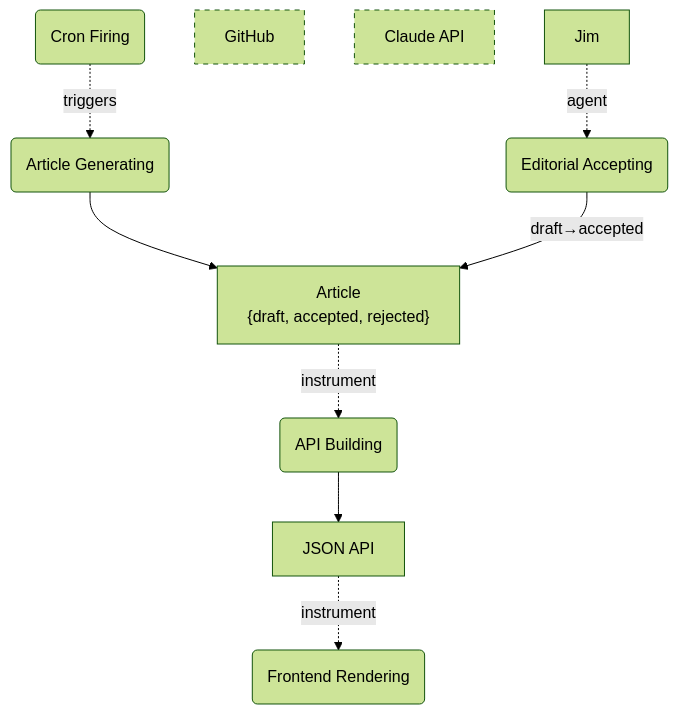
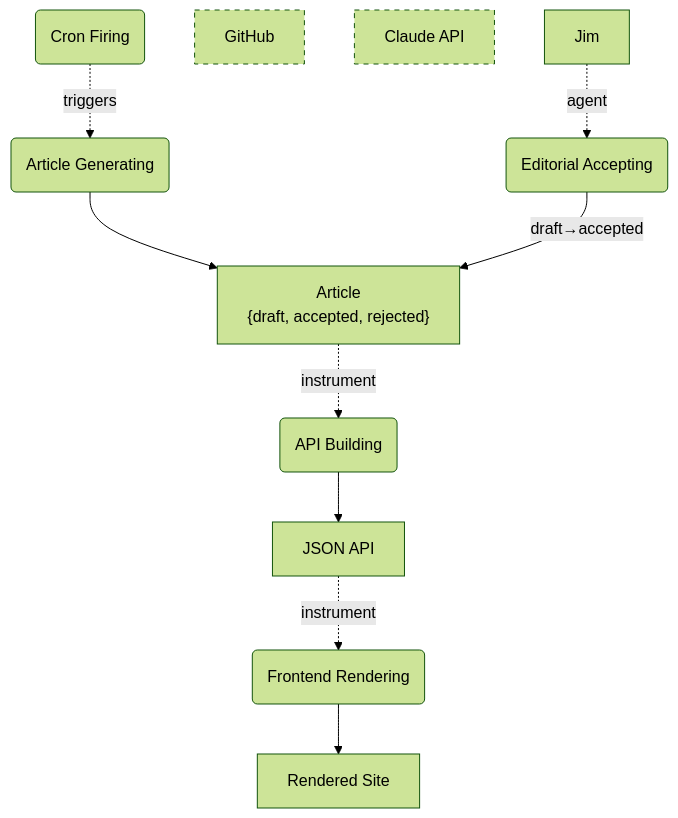
Before and after one commit to ojfbot/daily-logger: the first of 2 diagrams in opm/system.md, drawn with Mermaid (forest theme). The commit also changed other lines of this file and 1 other file, not shown here.

````diff
--- a/opm/system.md
+++ b/opm/system.md
@@ -9,25 +9,27 @@
 ```mermaid
 flowchart TD
   Jim[Jim]
   GitHub[GitHub]
   ClaudeAPI[Claude API]
   Article["Article<br/>{draft, accepted, rejected}"]
   JSONAPI[JSON API]
+  RenderedSite[Rendered Site]
 
   CronFiring(Cron Firing)
   ArticleGenerating(Article Generating)
   EditorialAccepting(Editorial Accepting)
   APIBuilding(API Building)
   FrontendRendering(Frontend Rendering)
 
   style GitHub stroke-dasharray: 5 5
   style ClaudeAPI stroke-dasharray: 5 5
 
   CronFiring -. triggers .-> ArticleGenerating
   ArticleGenerating --> Article
   Jim -. agent .-> EditorialAccepting
   EditorialAccepting -- draft→accepted --> Article
   Article -. instrument .-> APIBuilding
   APIBuilding --> JSONAPI
   JSONAPI -. instrument .-> FrontendRendering
+  FrontendRendering --> RenderedSite
 ```
````
